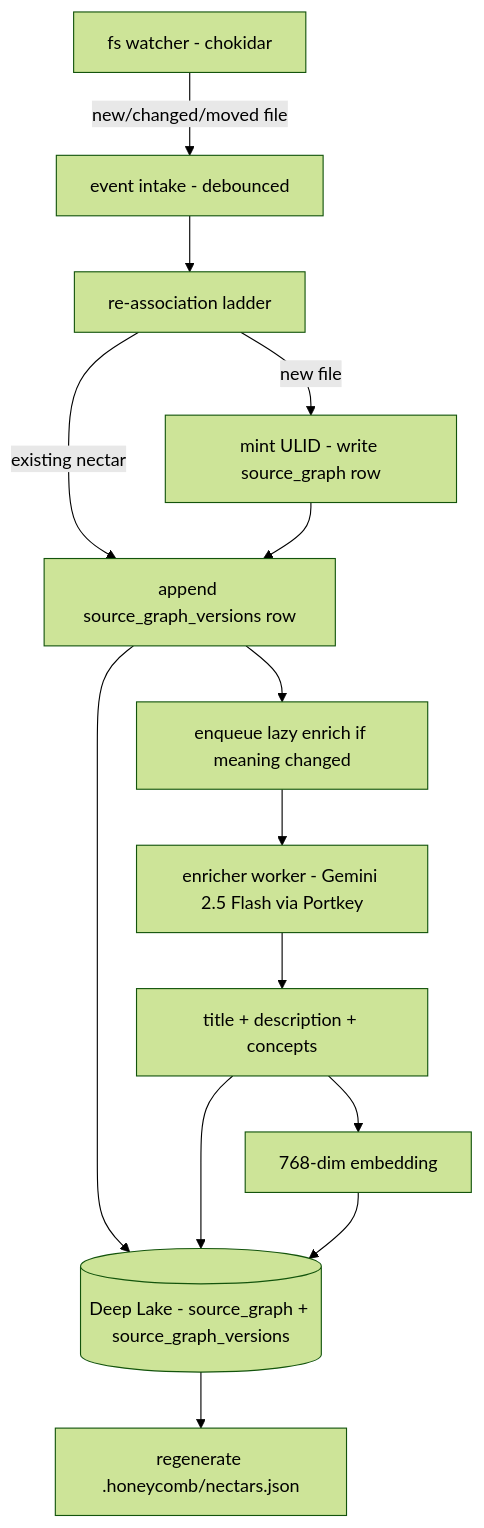
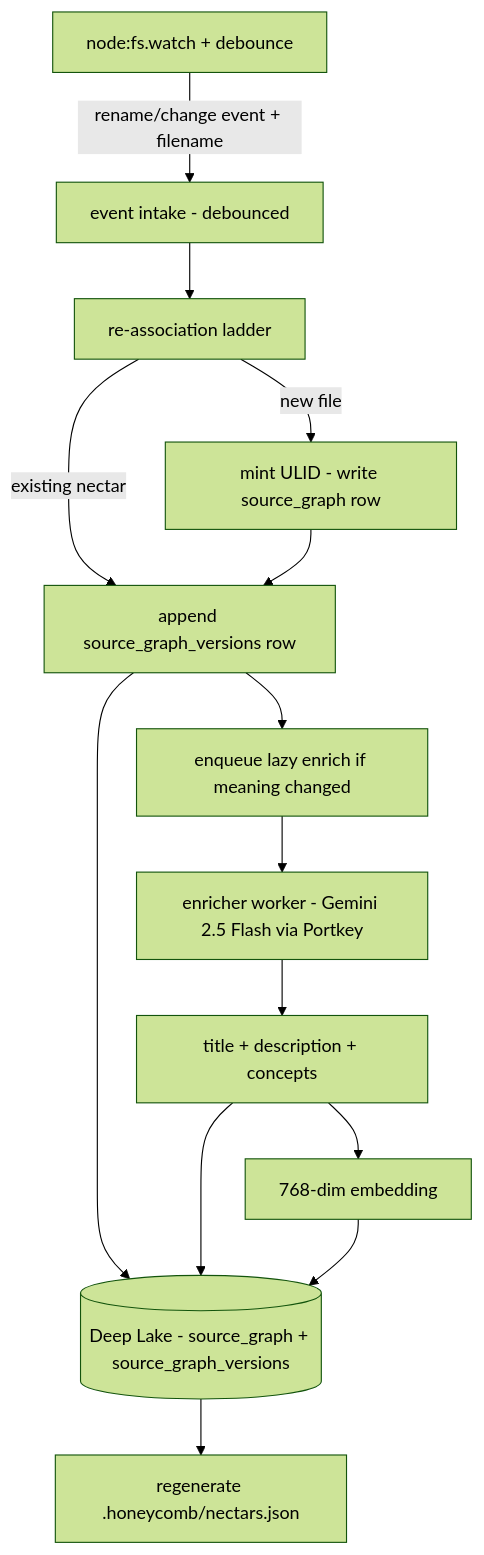
Before and after one commit to legioncodeinc/nectar: the first of 3 diagrams in library/knowledge/private/overview/overview-technical-specification.md, drawn with Mermaid (forest theme). The commit also changed other lines of this file and 125 other files, not shown here.

````diff
--- a/library/knowledge/private/overview/overview-technical-specification.md
+++ b/library/knowledge/private/overview/overview-technical-specification.md
@@ -29,16 +30,16 @@
 ```mermaid
 flowchart TD
-    watcher["fs watcher - chokidar"] -->|new/changed/moved file| intake["event intake - debounced"]
+    watcher["node:fs.watch + debounce"] -->|"rename/change event + filename"| intake["event intake - debounced"]
     intake --> assoc["re-association ladder"]
     assoc -->|existing nectar| versionAppend["append source_graph_versions row"]
     assoc -->|new file| mintNectar["mint ULID - write source_graph row"]
     mintNectar --> versionAppend
     versionAppend --> queueEnrich["enqueue lazy enrich if meaning changed"]
     queueEnrich --> enricher["enricher worker - Gemini 2.5 Flash via Portkey"]
     enricher --> descMint["title + description + concepts"]
     descMint --> embed["768-dim embedding"]
     versionAppend --> deeplake[("Deep Lake - source_graph + source_graph_versions")]
     descMint --> deeplake
     embed --> deeplake
     deeplake --> projection["regenerate .honeycomb/nectars.json"]
 ```
````
